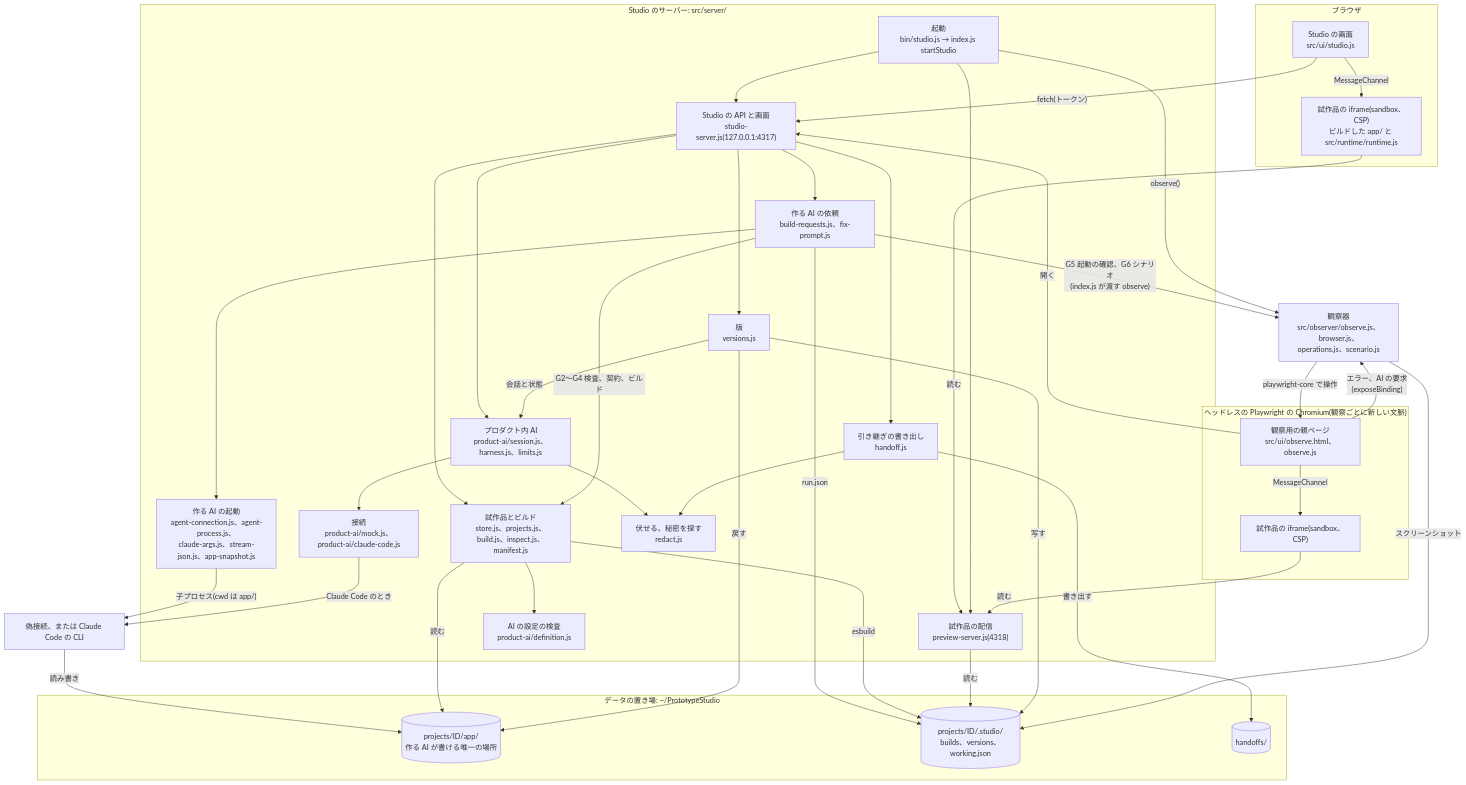
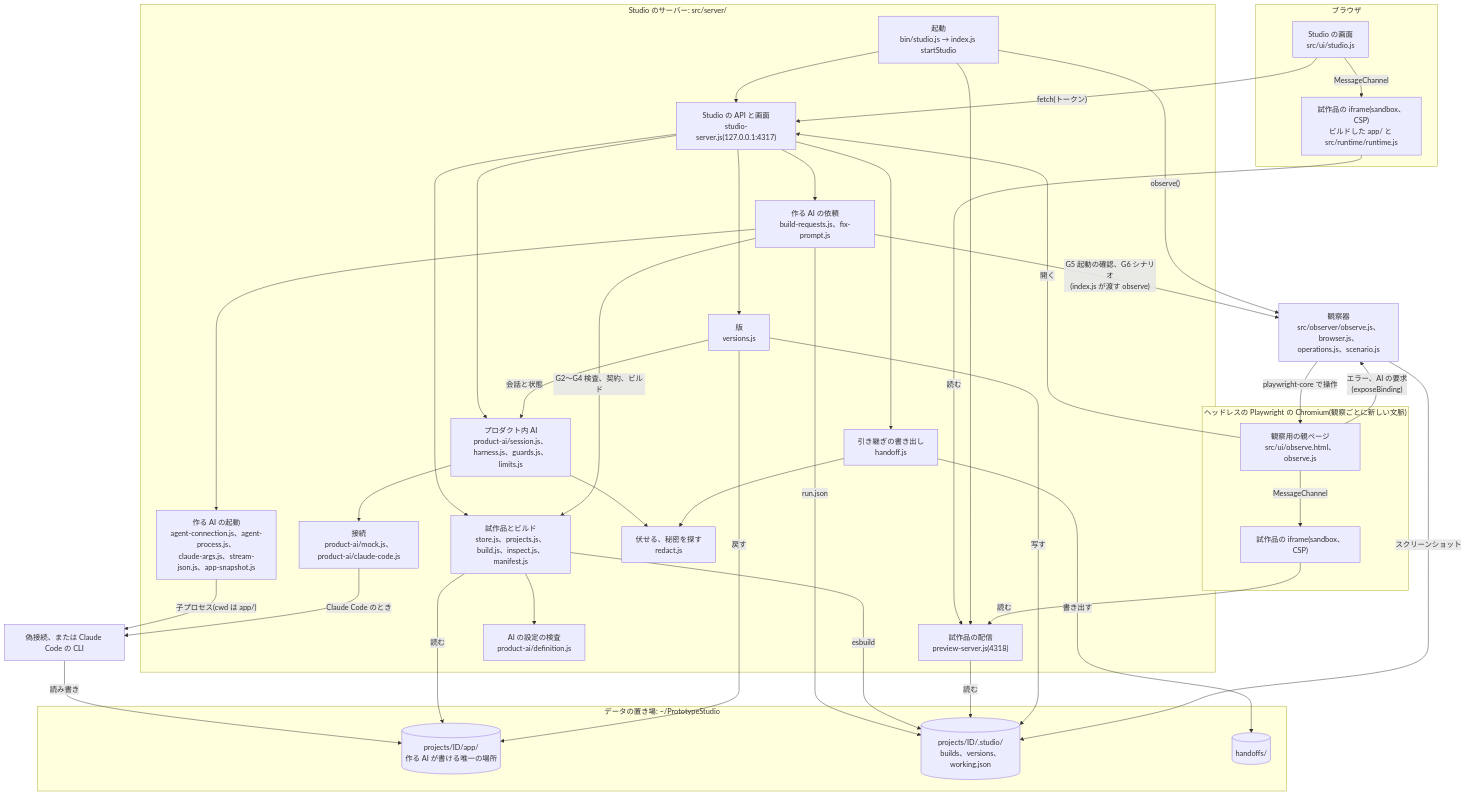
One commit to jyoka/agent-prototype-studio changed the second of 2 diagrams in docs/architecture/hld.md. Above: the diagram before and after it, drawn with Mermaid. The commit also changed other lines of this file and 21 other files, not shown here.

````diff
--- a/docs/architecture/hld.md
+++ b/docs/architecture/hld.md
@@ -43,73 +43,73 @@
 ```mermaid
 flowchart TB
     subgraph browser["ブラウザ"]
         ui["Studio の画面<br/>src/ui/studio.js"]
         frame["試作品の iframe(sandbox、CSP)<br/>ビルドした app/ と src/runtime/runtime.js"]
     end
 
     subgraph headless["ヘッドレスの Playwright の Chromium(観察ごとに新しい文脈)"]
         host["観察用の親ページ<br/>src/ui/observe.html、observe.js"]
         oframe["試作品の iframe(sandbox、CSP)"]
     end
 
     subgraph server["Studio のサーバー: src/server/"]
         entry["起動<br/>bin/studio.js → index.js startStudio"]
         api["Studio の API と画面<br/>studio-server.js(127.0.0.1:4317)"]
         preview["試作品の配信<br/>preview-server.js(4318)"]
         store["試作品とビルド<br/>store.js、projects.js、build.js、inspect.js、<br/>manifest.js"]
         requests["作る AI の依頼<br/>build-requests.js、fix-prompt.js"]
         agent["作る AI の起動<br/>agent-connection.js、agent-process.js、<br/>claude-args.js、stream-json.js、app-snapshot.js"]
-        ai["プロダクト内 AI<br/>product-ai/session.js、harness.js、limits.js"]
+        ai["プロダクト内 AI<br/>product-ai/session.js、harness.js、guards.js、limits.js"]
         conn["接続<br/>product-ai/mock.js、product-ai/claude-code.js"]
         def["AI の設定の検査<br/>product-ai/definition.js"]
         versions["版<br/>versions.js"]
         handoff["引き継ぎの書き出し<br/>handoff.js"]
         redact["伏せる、秘密を探す<br/>redact.js"]
     end
 
     observer["観察器<br/>src/observer/observe.js、browser.js、<br/>operations.js、scenario.js"]
 
     subgraph local["データの置き場: ~/PrototypeStudio"]
         app[("projects/ID/app/<br/>作る AI が書ける唯一の場所")]
         dotstudio[("projects/ID/.studio/<br/>builds、versions、working.json")]
         handoffs[("handoffs/")]
     end
 
     cli["偽接続、または Claude Code の CLI"]
 
     ui -- "fetch(トークン)" --> api
     ui -- "MessageChannel" --> frame
     frame -- "読む" --> preview
     entry --> api
     entry --> preview
     api --> store
     api --> requests
     api --> ai
     api --> versions
     api --> handoff
     requests --> agent
     agent -- "子プロセス(cwd は app/)" --> cli
     cli -- "読み書き" --> app
     requests -- "G2〜G4 検査、契約、ビルド" --> store
     requests -- "G5 起動の確認、G6 シナリオ<br/>(index.js が渡す observe)" --> observer
     requests -- "run.json" --> dotstudio
     store --> def
     store -- "esbuild" --> dotstudio
     store -- "読む" --> app
     preview -- "読む" --> dotstudio
     ai --> conn
     conn -- "Claude Code のとき" --> cli
     ai --> redact
     versions -- "写す" --> dotstudio
     versions -- "戻す" --> app
     versions -- "会話と状態" --> ai
     handoff -- "書き出す" --> handoffs
     handoff --> redact
     entry -- "observe()" --> observer
     observer -- "playwright-core で操作" --> host
     host -- "MessageChannel" --> oframe
     host -- "開く" --> api
     oframe -- "読む" --> preview
     host -- "エラー、AI の要求<br/>(exposeBinding)" --> observer
     observer -- "スクリーンショット" --> dotstudio
 ```
````
